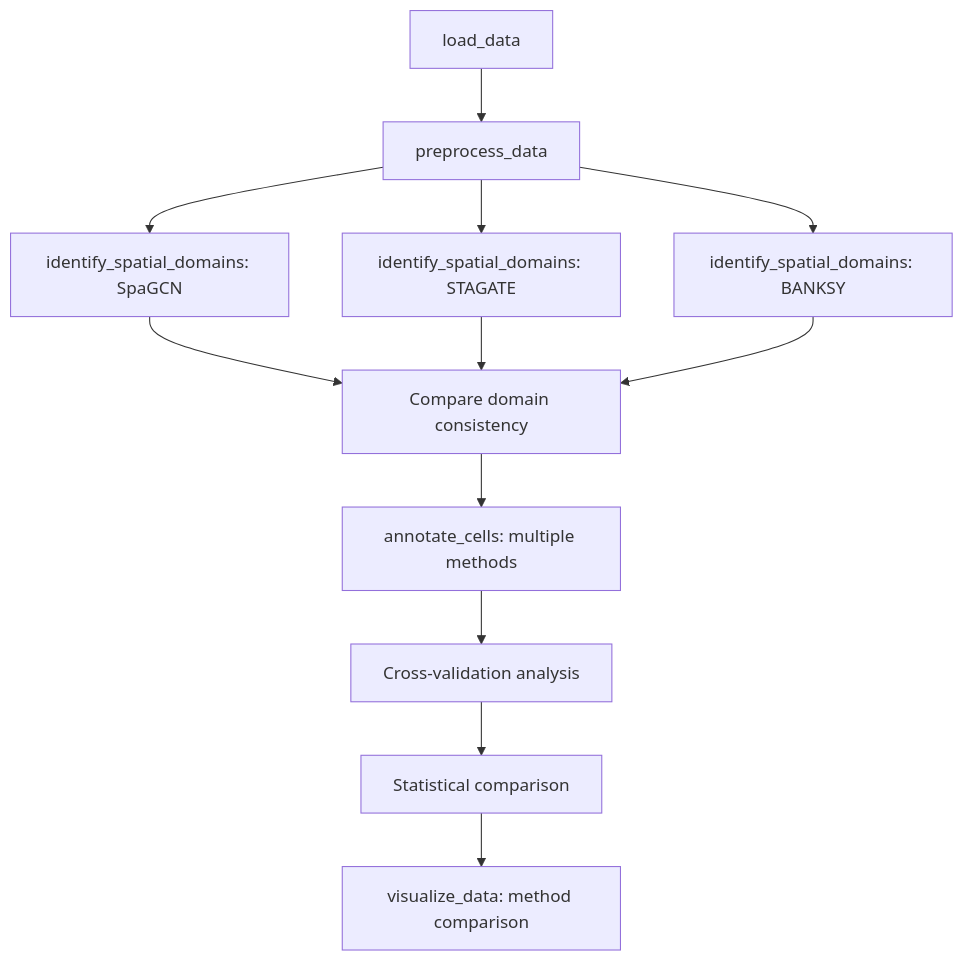
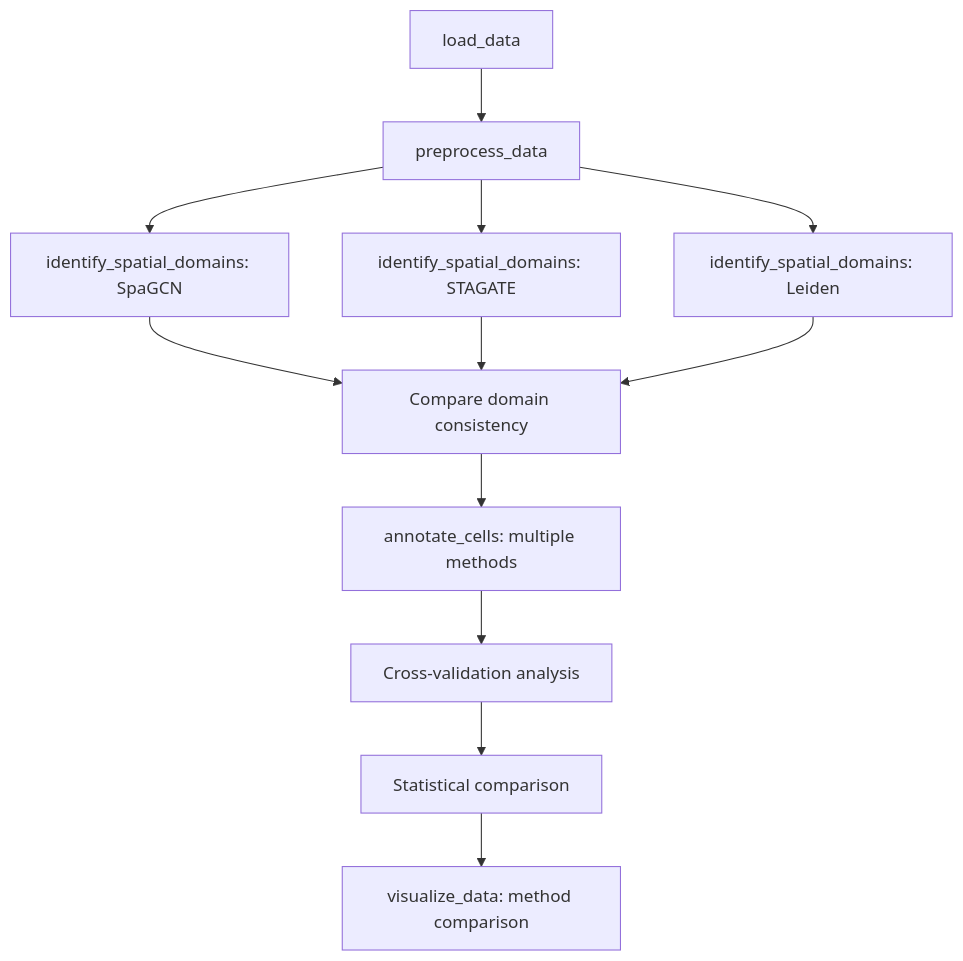
One commit to cafferychen777/ChatSpatial changed the fifth of 7 diagrams in docs/reference/quick-reference/common-workflows.md. Above: the diagram before and after it, drawn with Mermaid. The commit also changed other lines of this file and 16 other files, not shown here.

First line of the commit message:
Remove BANKSY spatial domain method and references

````diff
--- a/docs/reference/quick-reference/common-workflows.md
+++ b/docs/reference/quick-reference/common-workflows.md
@@ -363,14 +363,14 @@
 ```mermaid
 graph TD
     A[load_data] --> B[preprocess_data]
     B --> C1[identify_spatial_domains: SpaGCN]
     B --> C2[identify_spatial_domains: STAGATE] 
-    B --> C3[identify_spatial_domains: BANKSY]
+    B --> C3[identify_spatial_domains: Leiden]
     C1 --> D[Compare domain consistency]
     C2 --> D
     C3 --> D
     D --> E[annotate_cells: multiple methods]
     E --> F[Cross-validation analysis]
     F --> G[Statistical comparison]
     G --> H[visualize_data: method comparison]
 ```
````
